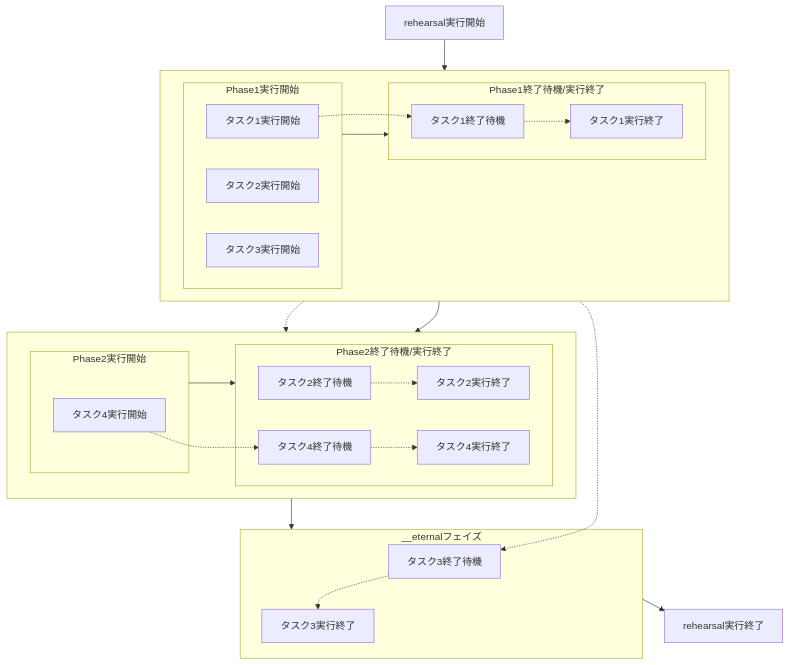
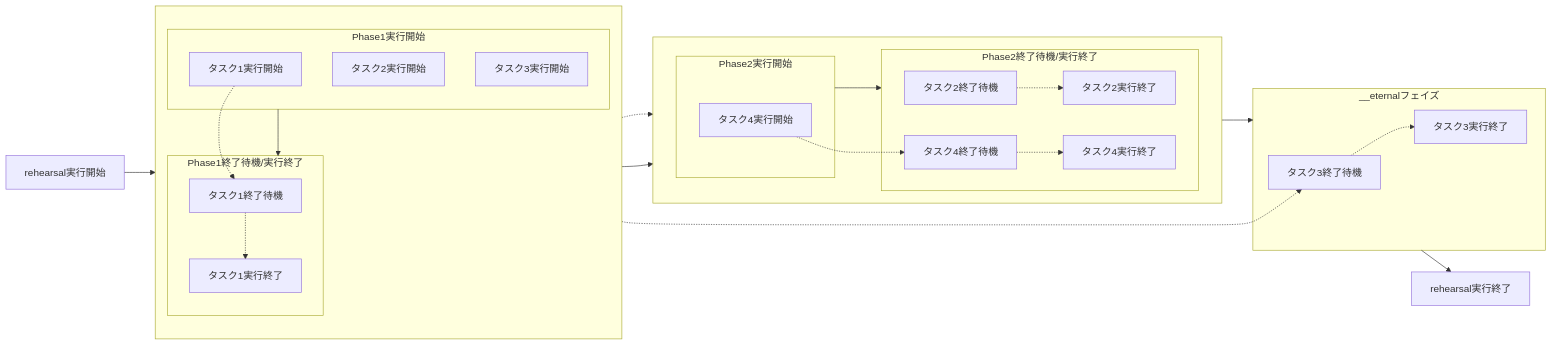
The second of 2 diagrams in content/ja/documents/task-concepts/phase-and-task.md (rehearsal-open/rehearsal-open.github.io), drawn with Mermaid before and after one commit. The commit also changed other lines of this file and 1 other file, not shown here.

Commit message:
リンクを修正

````diff
--- a/content/ja/documents/task-concepts/phase-and-task.md
+++ b/content/ja/documents/task-concepts/phase-and-task.md
@@ -96,40 +96,40 @@
 ```mermaid
-flowchart TB
+flowchart LR
   Begins[rehearsal実行開始]
   Ends[rehearsal実行終了]
   Begins --> Phase1 --> Phase2 --> Finalize --> Ends
   Task1Begins[タスク1実行開始] .-> Task1Waits[タスク1終了待機] .-> Task1Ends[タスク1実行終了]
   Task2Begins[タスク2実行開始] .-> Task2Waits[タスク2終了待機] .-> Task2Ends[タスク2実行終了]
   Task3Begins[タスク3実行開始] .-> Task3Waits[タスク3終了待機] .-> Task3Ends[タスク3実行終了]
   Task4Begins[タスク4実行開始] .-> Task4Waits[タスク4終了待機] .-> Task4Ends[タスク4実行終了]
   subgraph Phase1[ ]
-    direction LR
+    direction TB
     subgraph Phase1Begins[Phase1実行開始]
       Task1Begins
       Task2Begins
       Task3Begins
     end
     subgraph Phase1Ends[Phase1終了待機/実行終了]
       Task1Waits
       Task1Ends
     end
     Phase1Begins --> Phase1Ends
   end
   subgraph Phase2[ ]
     direction LR
     subgraph Phase2Begins[Phase2実行開始]
       Task4Begins
     end
     subgraph Phase2Ends[Phase2終了待機/実行終了]
       Task2Waits
       Task2Ends
       Task4Waits
       Task4Ends
     end
     Phase2Begins --> Phase2Ends
   end
   subgraph Finalize[__eternalフェイズ]
     Task3Waits
     Task3Ends
   end
 ```
````
